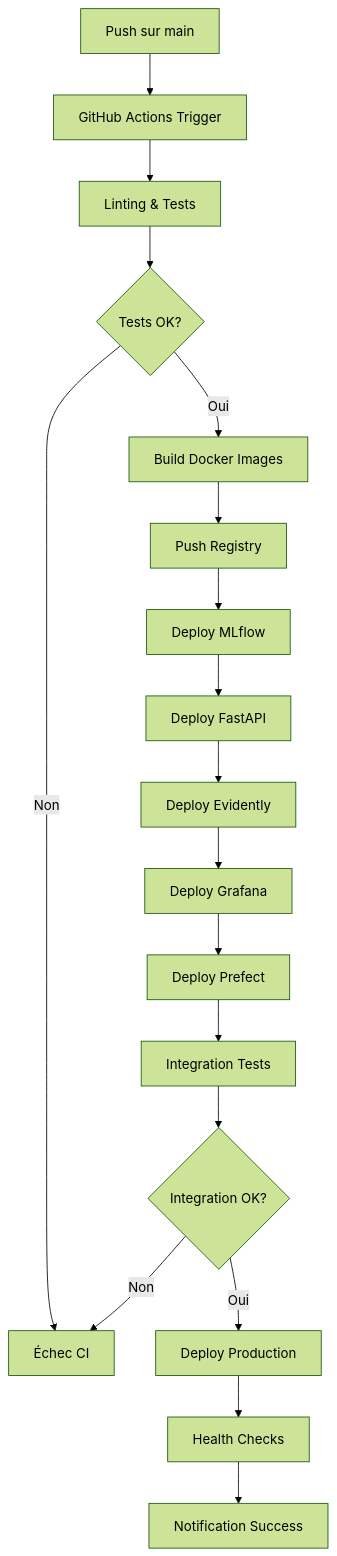
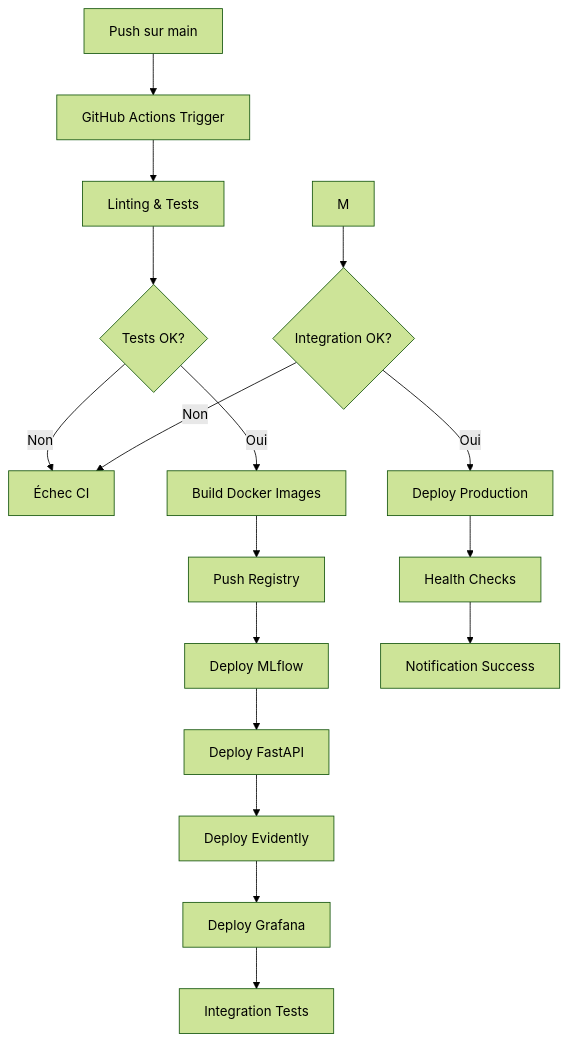
Before and after one commit to jinsudai/jinsudai: the tenth of 21 diagrams in docs/ARCHITECTURE_MLOPS.md, drawn with Mermaid (forest theme). The commit also changed other lines of this file and 12 other files, not shown here.

````diff
--- a/docs/ARCHITECTURE_MLOPS.md
+++ b/docs/ARCHITECTURE_MLOPS.md
@@ -333,22 +327,21 @@
 ```mermaid
 flowchart TD
 
     A[Push sur main] --> B[GitHub Actions Trigger]
     B --> C[Linting & Tests]
     C --> D{Tests OK?}
     D -->|Non| E[Échec CI]
     D -->|Oui| F[Build Docker Images]
     F --> G[Push Registry]
     G --> H[Deploy MLflow]
     H --> I[Deploy FastAPI]
     I --> J[Deploy Evidently]
     J --> K[Deploy Grafana]
-    K --> L[Deploy Prefect]
-    L --> M[Integration Tests]
+    K --> L[Integration Tests]
     M --> N{Integration OK?}
     N -->|Non| E
     N -->|Oui| O[Deploy Production]
     O --> P[Health Checks]
     P --> Q[Notification Success]
 
 ```
````
